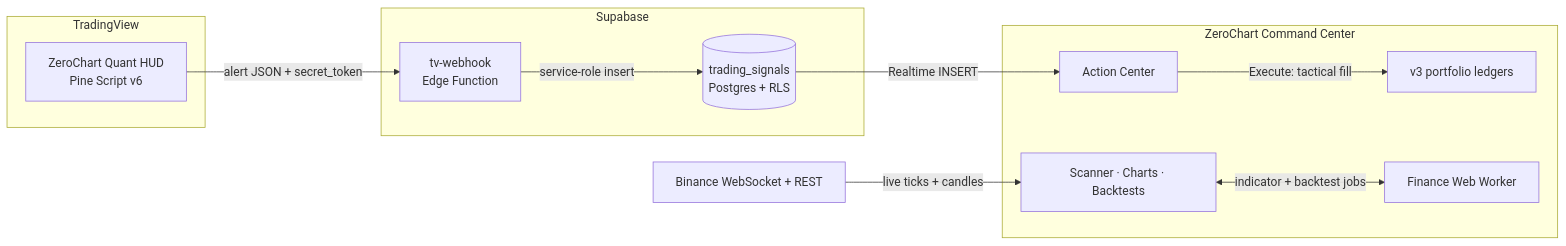
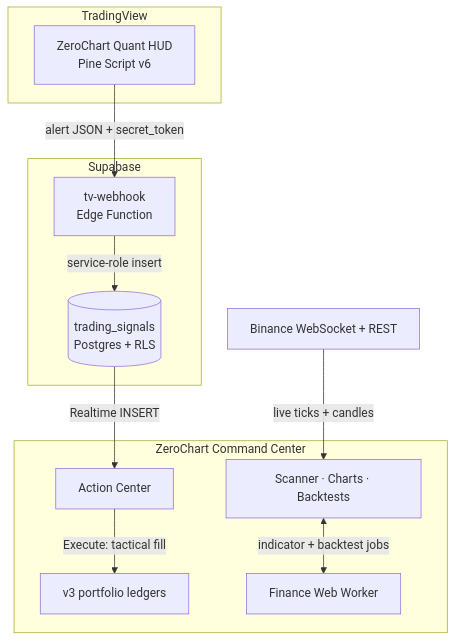
The diagram in README.md (blackhebrewisraeli/ZeroChart), drawn with Mermaid before and after one commit.

Commit message:
Docs: lay out the architecture diagram top-to-bottom for legibility

````diff
--- a/README.md
+++ b/README.md
@@ -35,27 +35,27 @@
 ```mermaid
-flowchart LR
+flowchart TB
     subgraph TV["TradingView"]
         HUD["ZeroChart Quant HUD<br/>Pine Script v6"]
     end
 
     subgraph SB["Supabase"]
         FN["tv-webhook<br/>Edge Function"]
         DB[("trading_signals<br/>Postgres + RLS")]
     end
 
     subgraph APP["ZeroChart Command Center"]
         AC["Action Center"]
         LEDGER["v3 portfolio ledgers"]
         WORKER["Finance Web Worker"]
         UI["Scanner · Charts · Backtests"]
     end
 
     BIN["Binance WebSocket + REST"]
 
     HUD -- "alert JSON + secret_token" --> FN
     FN -- "service-role insert" --> DB
     DB -- "Realtime INSERT" --> AC
     AC -- "Execute: tactical fill" --> LEDGER
     BIN -- "live ticks + candles" --> UI
     UI <-- "indicator + backtest jobs" --> WORKER
 ```
````
